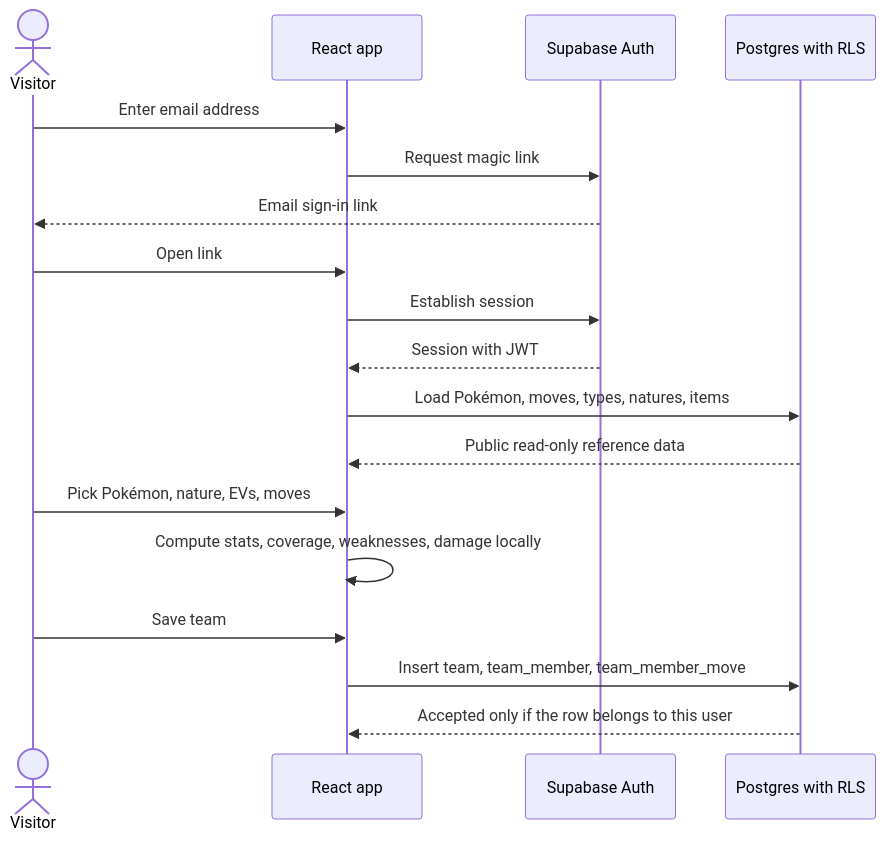
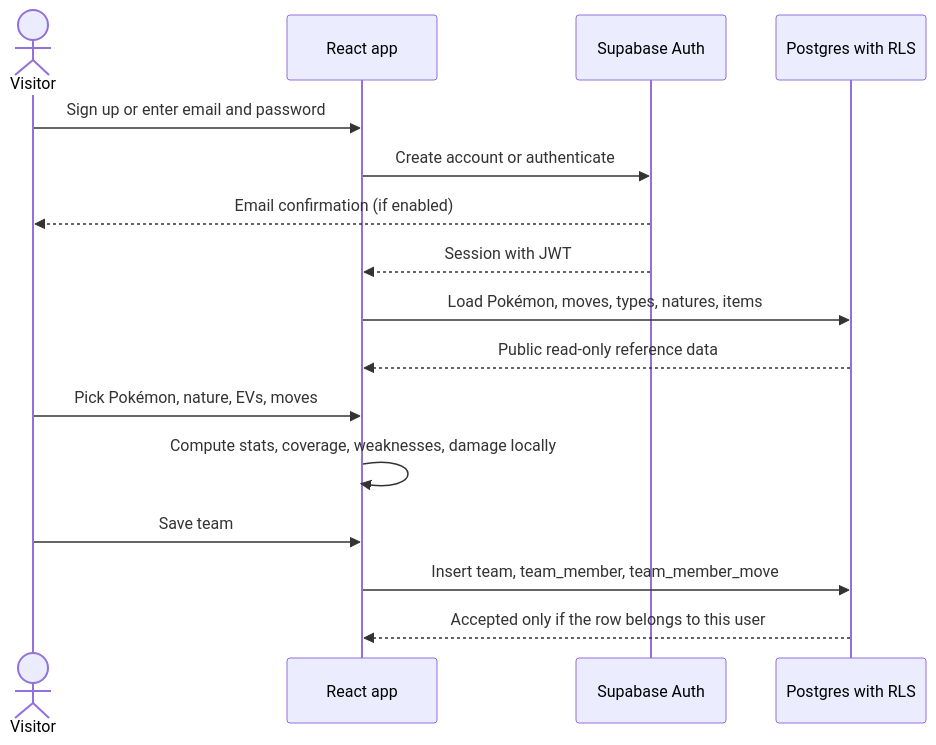
One commit to ZonkeyZebra/pokedex-team-builder changed the third of 4 diagrams in README.md. Above: the diagram before and after it, drawn with Mermaid. The commit also changed other lines of this file and 14 other files, not shown here.

````diff
--- a/README.md
+++ b/README.md
@@ -95,21 +95,19 @@
 ```mermaid
 sequenceDiagram
     actor U as Visitor
     participant App as React app
     participant Auth as Supabase Auth
     participant DB as Postgres with RLS
 
-    U->>App: Enter email address
-    App->>Auth: Request magic link
-    Auth-->>U: Email sign-in link
-    U->>App: Open link
-    App->>Auth: Establish session
+    U->>App: Sign up or enter email and password
+    App->>Auth: Create account or authenticate
+    Auth-->>U: Email confirmation (if enabled)
     Auth-->>App: Session with JWT
     App->>DB: Load Pokémon, moves, types, natures, items
     DB-->>App: Public read-only reference data
     U->>App: Pick Pokémon, nature, EVs, moves
     App->>App: Compute stats, coverage, weaknesses, damage locally
     U->>App: Save team
     App->>DB: Insert team, team_member, team_member_move
     DB-->>App: Accepted only if the row belongs to this user
 ```
````
